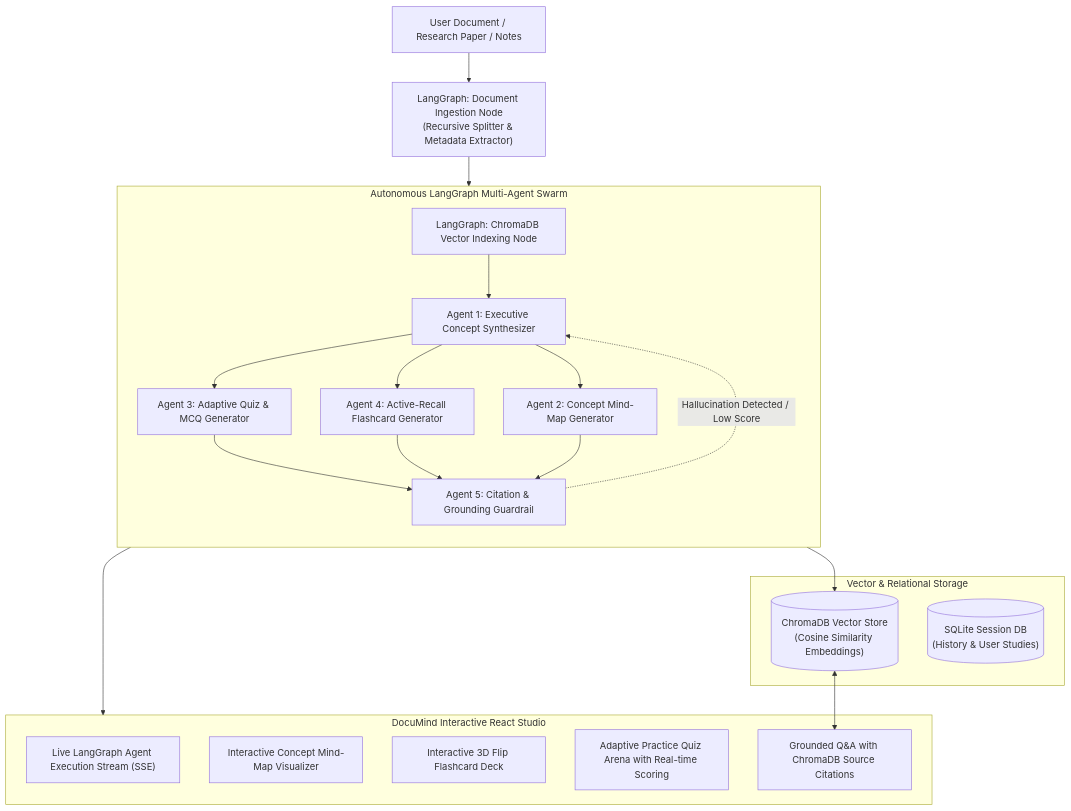
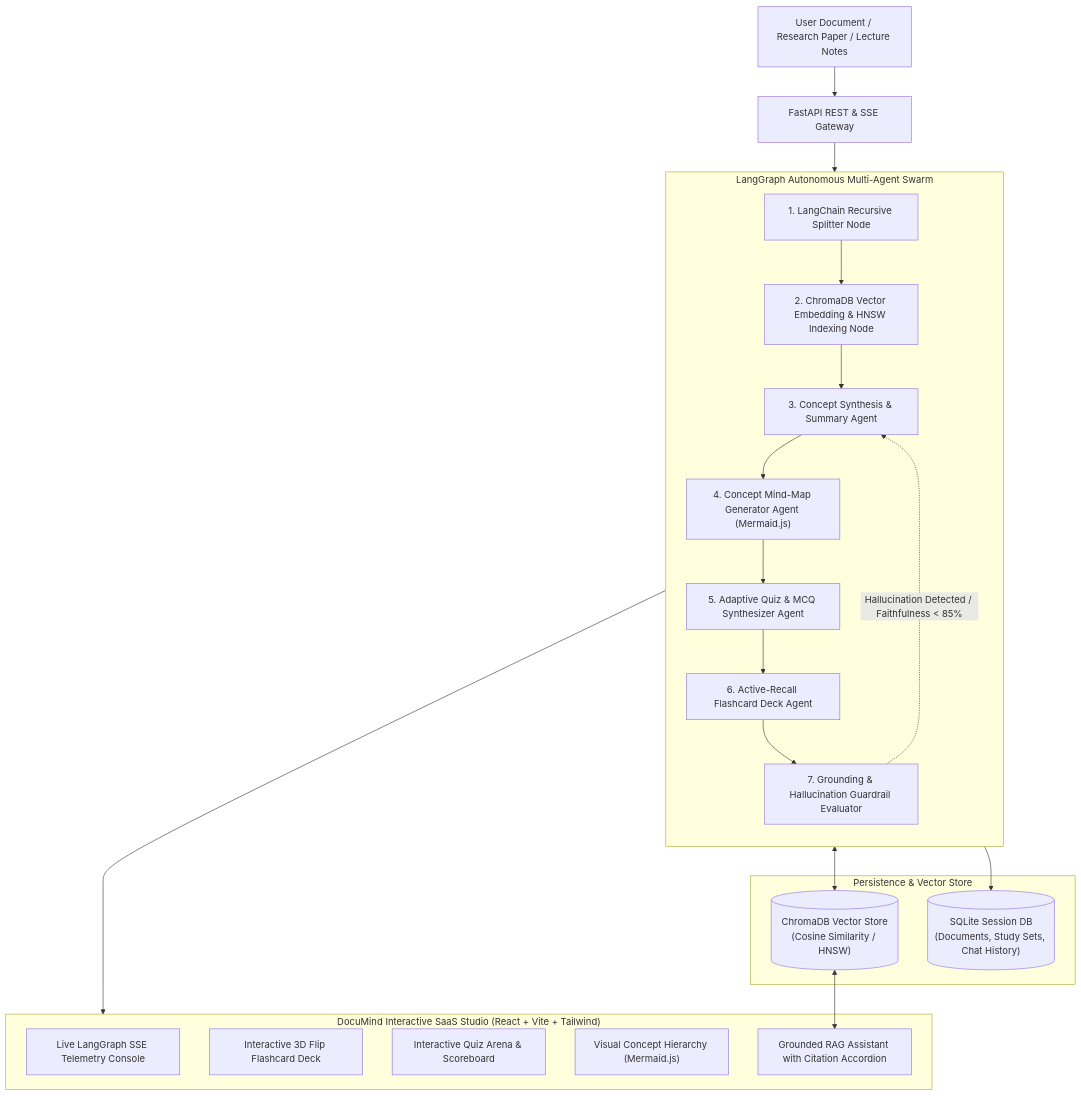
Before and after one commit to rohithuppala-code/DocuMind-AI: the diagram in README.md, drawn with Mermaid. The commit also changed other lines of this file and 1 other file, not shown here.

Commit message:
docs: finalize comprehensive README with architecture diagrams, LangGraph specification, setup guide, and test verification

````diff
--- a/README.md
+++ b/README.md
@@ -16,37 +34,44 @@
 ```mermaid
 flowchart TD
-    UserDoc["User Document / Research Paper / Notes"] --> IngestNode["LangGraph: Document Ingestion Node\n(Recursive Splitter & Metadata Extractor)"]
+    User["User Document / Research Paper / Lecture Notes"] --> Router["FastAPI REST & SSE Gateway"]
     
-    subgraph StorageLayer ["Vector & Relational Storage"]
-        ChromaStore[("ChromaDB Vector Store\n(Cosine Similarity Embeddings)")]
-        SQLiteStore[("SQLite Session DB\n(History & User Studies)")]
+    subgraph MultiAgentEngine ["LangGraph Autonomous Multi-Agent Swarm"]
+        direction TB
+        Node1["1. LangChain Recursive Splitter Node"]
+        Node2["2. ChromaDB Vector Embedding & HNSW Indexing Node"]
+        Node3["3. Concept Synthesis & Summary Agent"]
+        Node4["4. Concept Mind-Map Generator Agent (Mermaid.js)"]
+        Node5["5. Adaptive Quiz & MCQ Synthesizer Agent"]
+        Node6["6. Active-Recall Flashcard Deck Agent"]
+        Node7["7. Grounding & Hallucination Guardrail Evaluator"]
+        
+        Node1 --> Node2
+        Node2 --> Node3
+        Node3 --> Node4
+        Node4 --> Node5
+        Node5 --> Node6
+        Node6 --> Node7
+        
+        Node7 -.->|Hallucination Detected / Faithfulness < 85%| Node3
     end
     
-    IngestNode --> VectorIndex["LangGraph: ChromaDB Vector Indexing Node"]
-    VectorIndex --> ChromaStore
-    
-    subgraph LangGraphWorkflow ["Autonomous LangGraph Multi-Agent Swarm"]
-        direction TB
-        VectorIndex --> SynthNode["Agent 1: Executive Concept Synthesizer"]
-        SynthNode --> MindMapNode["Agent 2: Concept Mind-Map Generator"]
-        SynthNode --> QuizNode["Agent 3: Adaptive Quiz & MCQ Generator"]
-        SynthNode --> FlashcardNode["Agent 4: Active-Recall Flashcard Generator"]
-        
-        QuizNode --> GuardrailNode["Agent 5: Citation & Grounding Guardrail"]
-        FlashcardNode --> GuardrailNode
-        MindMapNode --> GuardrailNode
-        
-        GuardrailNode -.->|Hallucination Detected / Low Score| SynthNode
+    subgraph StorageLayer ["Persistence & Vector Store"]
+        ChromaDB[("ChromaDB Vector Store\n(Cosine Similarity / HNSW)")]
+        SQLite[("SQLite Session DB\n(Documents, Study Sets, Chat History)")]
     end
     
-    subgraph ReactFrontend ["DocuMind Interactive React Studio"]
-        StreamTerminal["Live LangGraph Agent Execution Stream (SSE)"]
-        MindMapView["Interactive Concept Mind-Map Visualizer"]
-        FlashcardDeck["Interactive 3D Flip Flashcard Deck"]
-        QuizArena["Adaptive Practice Quiz Arena with Real-time Scoring"]
-        RAGChat["Grounded Q&A with ChromaDB Source Citations"]
+    Router --> MultiAgentEngine
+    Node2 <--> ChromaDB
+    MultiAgentEngine --> SQLite
+    
+    subgraph ReactFrontend ["DocuMind Interactive SaaS Studio (React + Vite + Tailwind)"]
+        Console["Live LangGraph SSE Telemetry Console"]
+        Deck["Interactive 3D Flip Flashcard Deck"]
+        Quiz["Interactive Quiz Arena & Scoreboard"]
+        MindMap["Visual Concept Hierarchy (Mermaid.js)"]
+        RAGChat["Grounded RAG Assistant with Citation Accordion"]
     end
     
-    GuardrailNode --> ReactFrontend
-    ChromaStore <--> RAGChat
+    MultiAgentEngine --> ReactFrontend
+    ChromaDB <--> RAGChat
 ```
````
